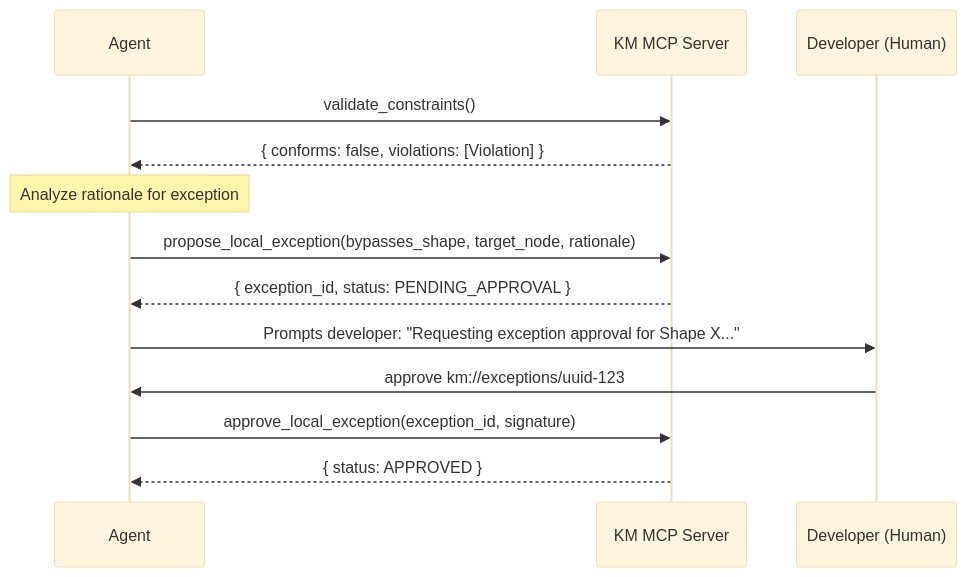
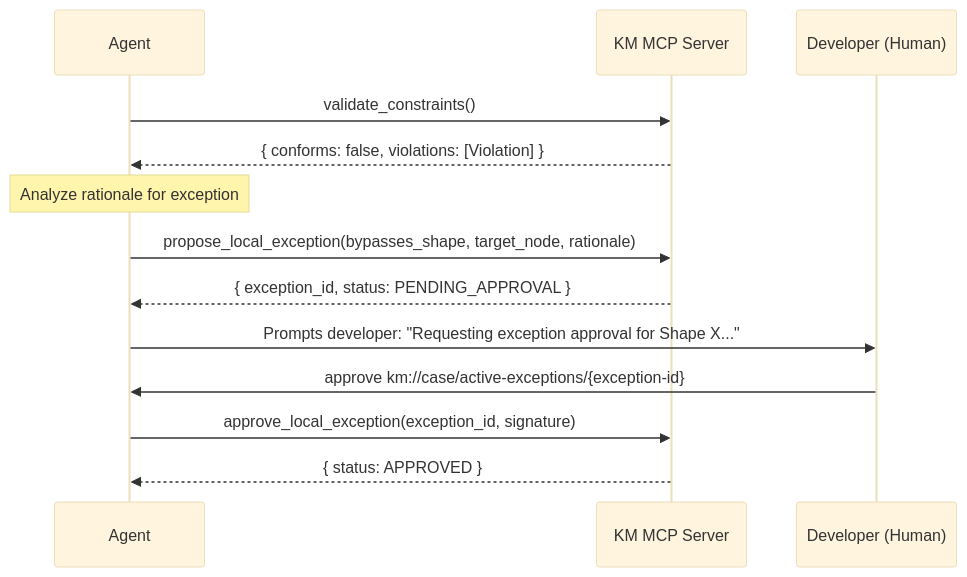
The second of 2 diagrams in usages/agents.md (isaacnugroho/km), drawn with Mermaid (base theme) before and after one commit. The commit also changed other lines of this file and 6 other files, not shown here.

````diff
--- a/usages/agents.md
+++ b/usages/agents.md
@@ -112,16 +112,16 @@
 ```mermaid
 sequenceDiagram
     participant Agent
     participant MCP as KM MCP Server
     participant Human as Developer (Human)
 
     Agent->>MCP: validate_constraints()
     MCP-->>Agent: { conforms: false, violations: [Violation] }
     Note over Agent: Analyze rationale for exception
     Agent->>MCP: propose_local_exception(bypasses_shape, target_node, rationale)
     MCP-->>Agent: { exception_id, status: PENDING_APPROVAL }
     Agent->>Human: Prompts developer: "Requesting exception approval for Shape X..."
-    Human->>Agent: approve km://exceptions/uuid-123
+    Human->>Agent: approve km://case/active-exceptions/{exception-id}
     Agent->>MCP: approve_local_exception(exception_id, signature)
     MCP-->>Agent: { status: APPROVED }
 ```
````
